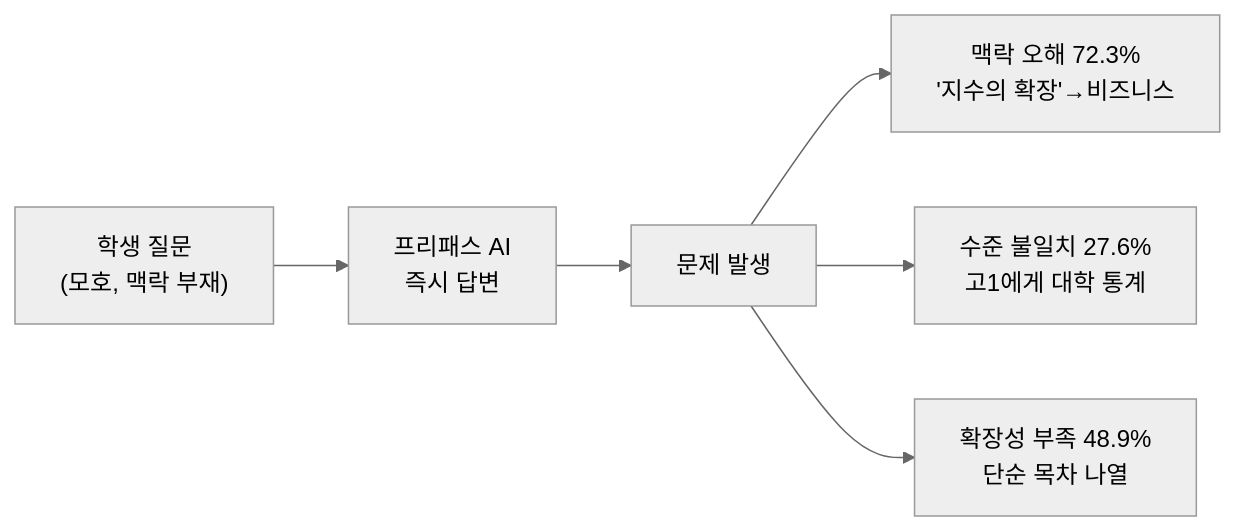
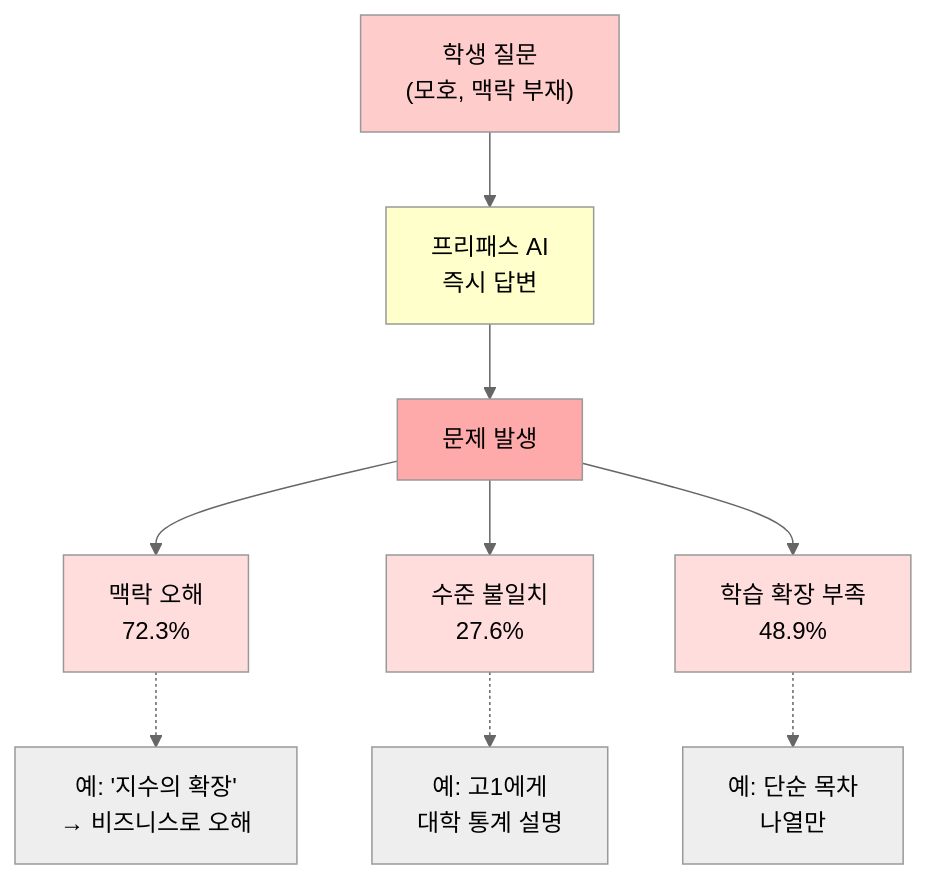
One commit to KimKyuBong/maice-paper-deploy changed the first of 2 diagrams in docs/chapters/01-introduction.md. Above: the diagram before and after it, drawn with Mermaid (neutral theme).

Commit message:
그림 1-1 원래대로 복구 (색상 + 세로 레이아웃)
사용자 요청:
- 그림 1-1은 원래대로 (색상 있는 세로 버전)
- 그림 1-2만 가로로 간결하게

완료:
- 그림 1-1: 색상 + 세로 (TD) + 예시 포함
- 그림 1-2: 흑백 + 가로 (LR) + 6단계

````diff
--- a/docs/chapters/01-introduction.md
+++ b/docs/chapters/01-introduction.md
@@ -164,9 +164,20 @@
 ```mermaid
-flowchart LR
+flowchart TD
     A["학생 질문<br/>(모호, 맥락 부재)"] --> B["프리패스 AI<br/>즉시 답변"]
     B --> C["문제 발생"]
     
-    C --> D1["맥락 오해 72.3%<br/>'지수의 확장'→비즈니스"]
-    C --> D2["수준 불일치 27.6%<br/>고1에게 대학 통계"]
-    C --> D3["확장성 부족 48.9%<br/>단순 목차 나열"]
+    C --> D1["맥락 오해<br/>72.3%"]
+    C --> D2["수준 불일치<br/>27.6%"]
+    C --> D3["학습 확장 부족<br/>48.9%"]
+    
+    D1 -.-> E1["예: '지수의 확장'<br/>→ 비즈니스로 오해"]
+    D2 -.-> E2["예: 고1에게<br/>대학 통계 설명"]
+    D3 -.-> E3["예: 단순 목차<br/>나열만"]
+    
+    style A fill:#ffcccc
+    style B fill:#ffffcc
+    style C fill:#ffaaaa
+    style D1 fill:#ffdddd
+    style D2 fill:#ffdddd
+    style D3 fill:#ffdddd
 ```
````
